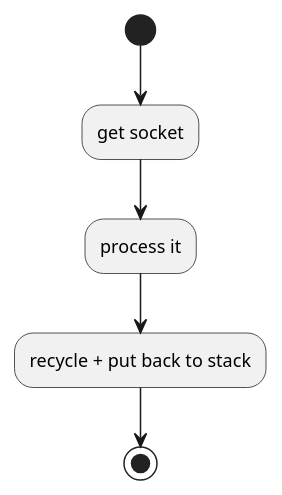
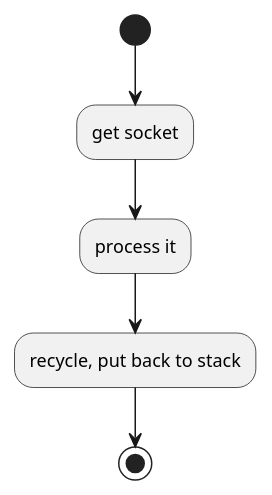
The fifth of 5 diagrams in source/_posts/HTW-ex04.md (jack-zheng/hexo), drawn with PlantUML before and after one commit. The commit also changed other lines of this file and 2 other files, not shown here.

````diff
--- a/source/_posts/HTW-ex04.md
+++ b/source/_posts/HTW-ex04.md
@@ -168,8 +237,6 @@
-```plantuml
-@startuml
+{% plantuml %}
 (*) --> "get socket"
 --> "process it"
---> "recycle + put back to stack"
+--> "recycle, put back to stack"
 --> (*)
-@enduml
-```
+{% endplantuml %}
````
